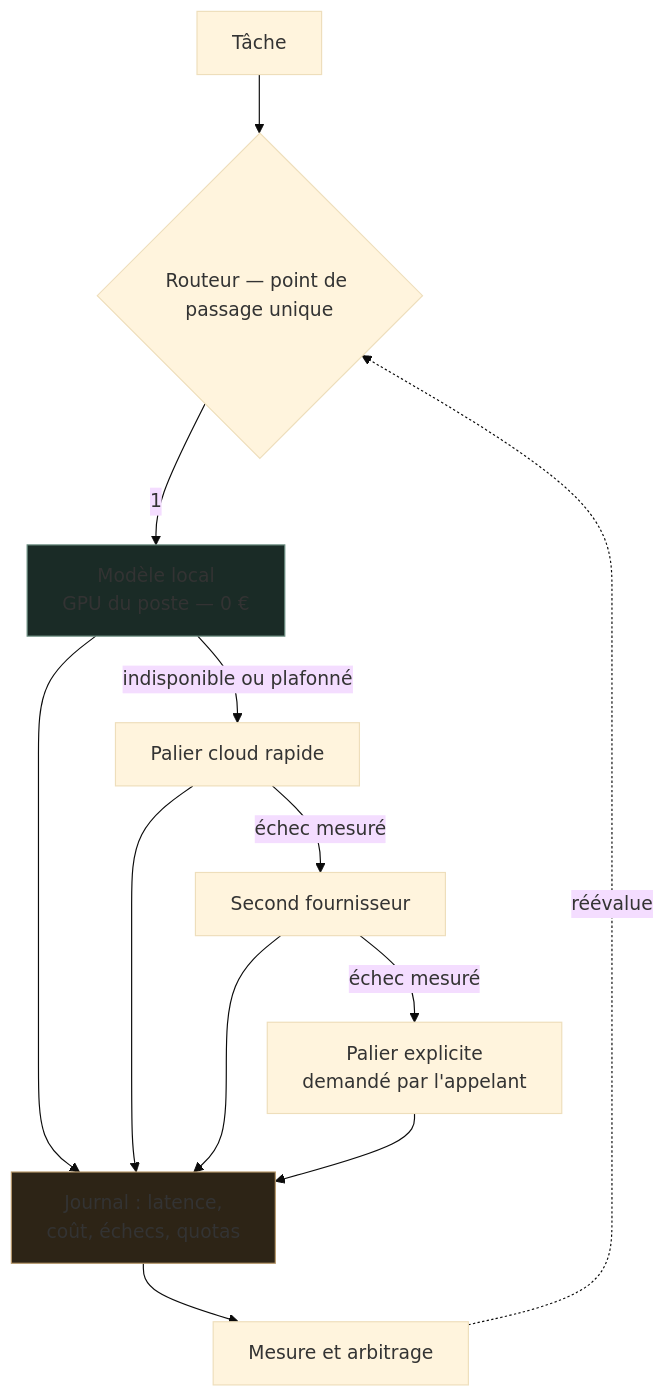
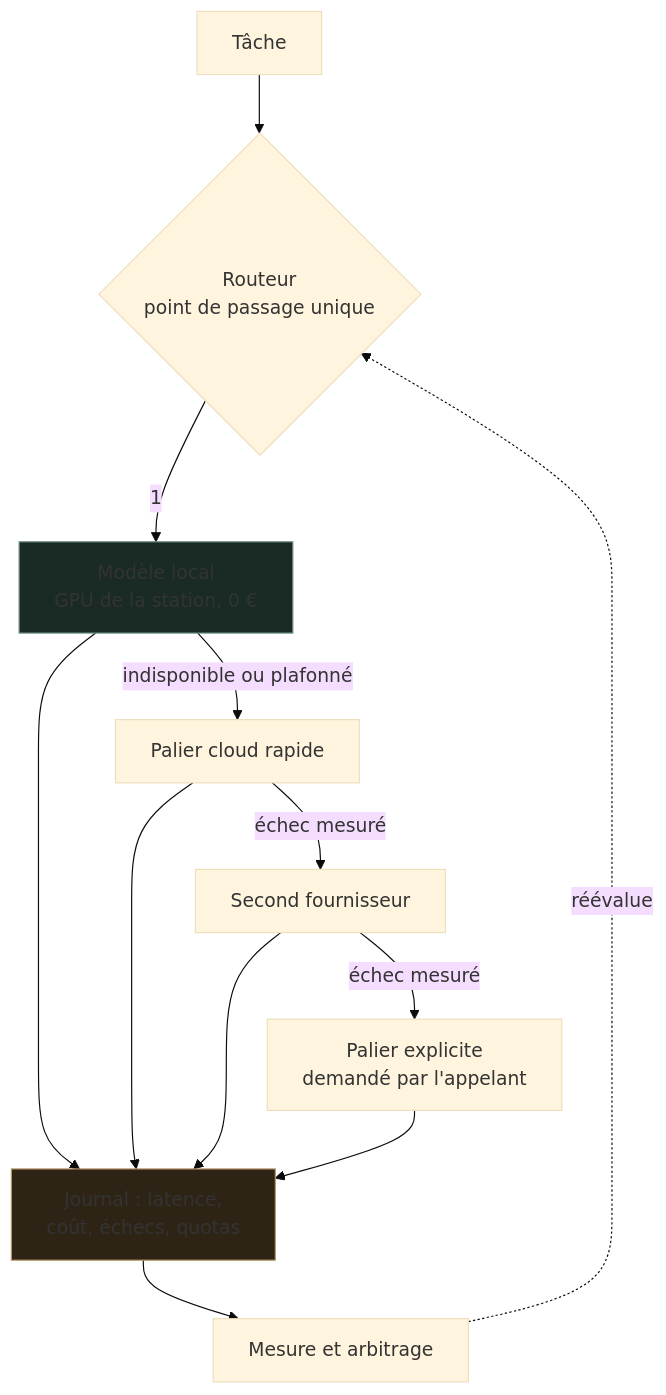
One commit to TimoLeDozo/MoltBot-Hub changed the second of 5 diagrams in README.md. Above: the diagram before and after it, drawn with Mermaid (base theme). The commit also changed other lines of this file, not shown here.

````diff
--- a/README.md
+++ b/README.md
@@ -24,16 +59,16 @@
 ```mermaid
 flowchart TB
-    A["Tâche"] --> R{"Routeur — point de passage unique"}
+    A["Tâche"] --> R{"Routeur<br/>point de passage unique"}
 
-    R -->|1| L["Modèle local<br/>GPU du poste — 0 €"]
+    R -->|1| L["Modèle local<br/>GPU de la station, 0 €"]
     L -->|indisponible ou plafonné| C1["Palier cloud rapide"]
     C1 -->|échec mesuré| C2["Second fournisseur"]
     C2 -->|échec mesuré| C3["Palier explicite<br/>demandé par l'appelant"]
 
     L & C1 & C2 & C3 --> J["Journal : latence,<br/>coût, échecs, quotas"]
     J --> M["Mesure et arbitrage"]
     M -.réévalue.-> R
 
     style L fill:#1a2b26,stroke:#6d9083
     style J fill:#2d2416,stroke:#b7986a
 ```
````
